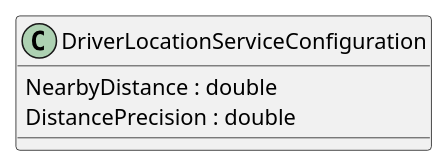
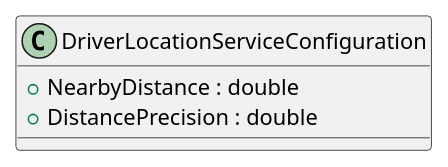
The diagram in docs/Bebruber.Application.Services.puml (is-oop-y24/bebruber), drawn with PlantUML before and after one commit. The commit also changed 4 other files, not shown here.

Commit message:
uml fixes

```diff
--- a/docs/Bebruber.Application.Services.puml
+++ b/docs/Bebruber.Application.Services.puml
@@ -1,10 +1,10 @@
 @startuml Structure
 'https://plantuml.com/class-diagram
 
 class DriverLocationServiceConfiguration
 {
-    NearbyDistance : double
-    DistancePrecision : double
+    + NearbyDistance : double
+    + DistancePrecision : double
 }
 
 @enduml
```
